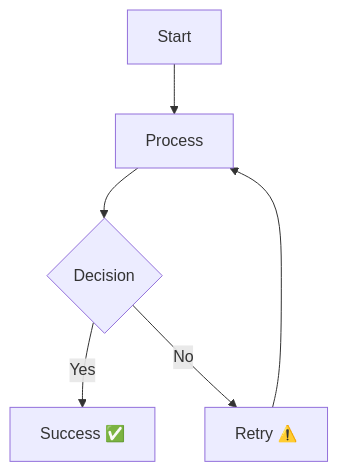
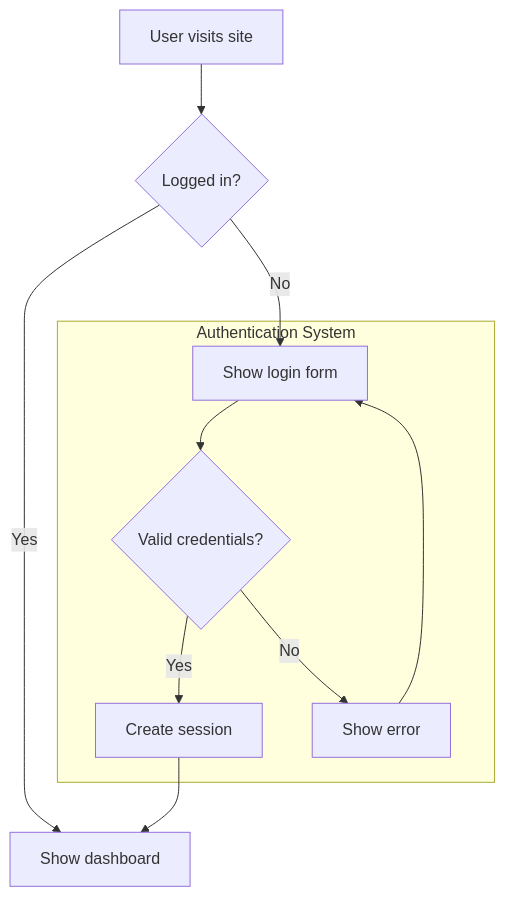
Before and after one commit to satoshiman/mdsvr: the third of 22 diagrams in docs/03-features/mermaid.md, drawn with Mermaid. The commit also changed other lines of this file and 1 other file, not shown here.

First line of the commit message:
Docs/update mermaid demo (#18)

````diff
--- a/docs/03-features/mermaid.md
+++ b/docs/03-features/mermaid.md
@@ -7,8 +38,18 @@
 ```mermaid
 flowchart TD
-    A["Start"] --> B["Process"]
-    B --> C{"Decision"}
-    C -->|"Yes"| D["Success ✅"]
-    C -->|"No"| E["Retry ⚠️"]
-    E --> B
+    A["User visits site"] --> B{"Logged in?"}
+    B -->|"Yes"| C["Show dashboard"]
+    B -->|"No"| D["Show login form"]
+    D --> E{"Valid credentials?"}
+    E -->|"Yes"| F["Create session"]
+    E -->|"No"| G["Show error"]
+    F --> C
+    G --> D
+
+    subgraph Auth["Authentication System"]
+        D
+        E
+        F
+        G
+    end
 ```
````
